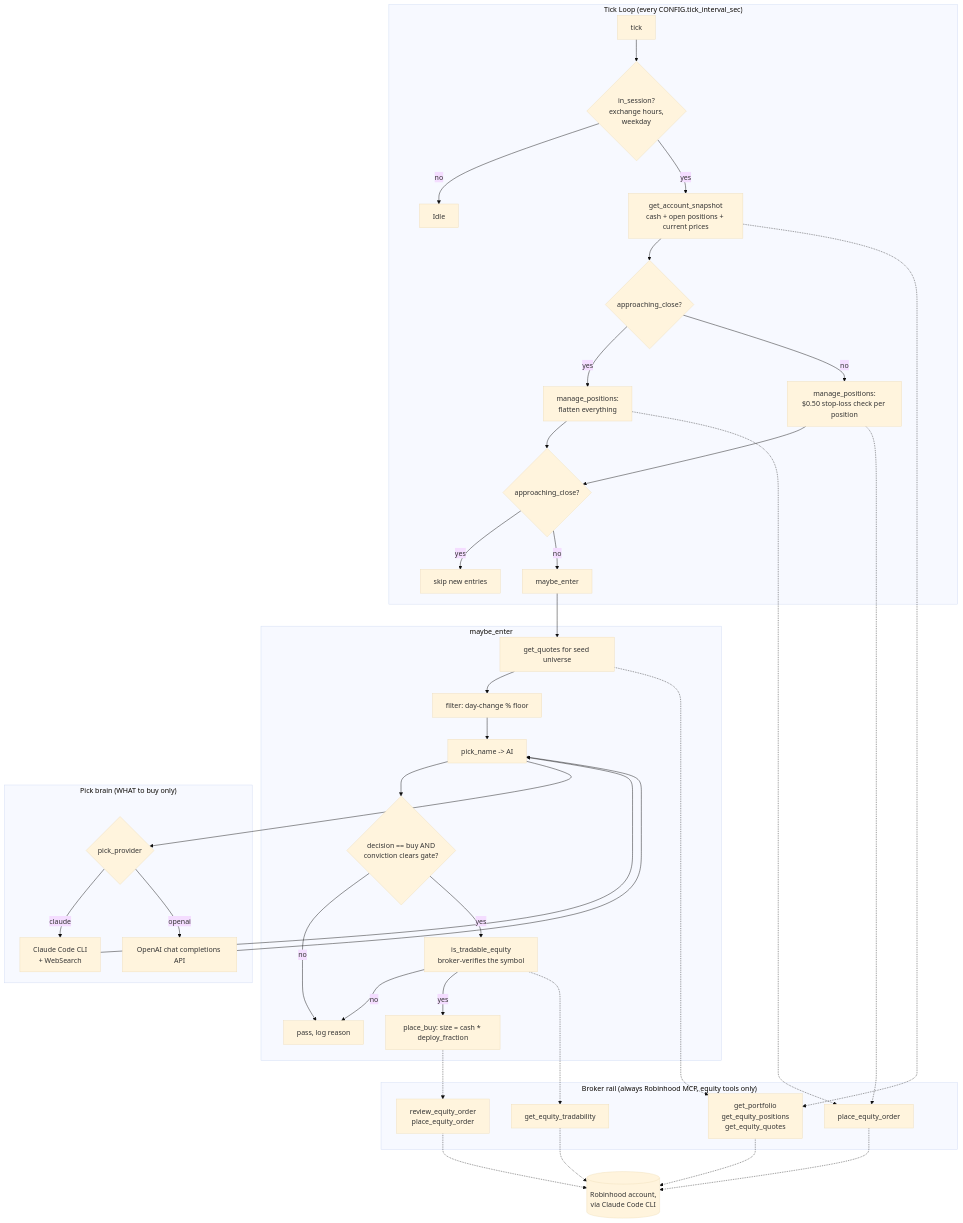
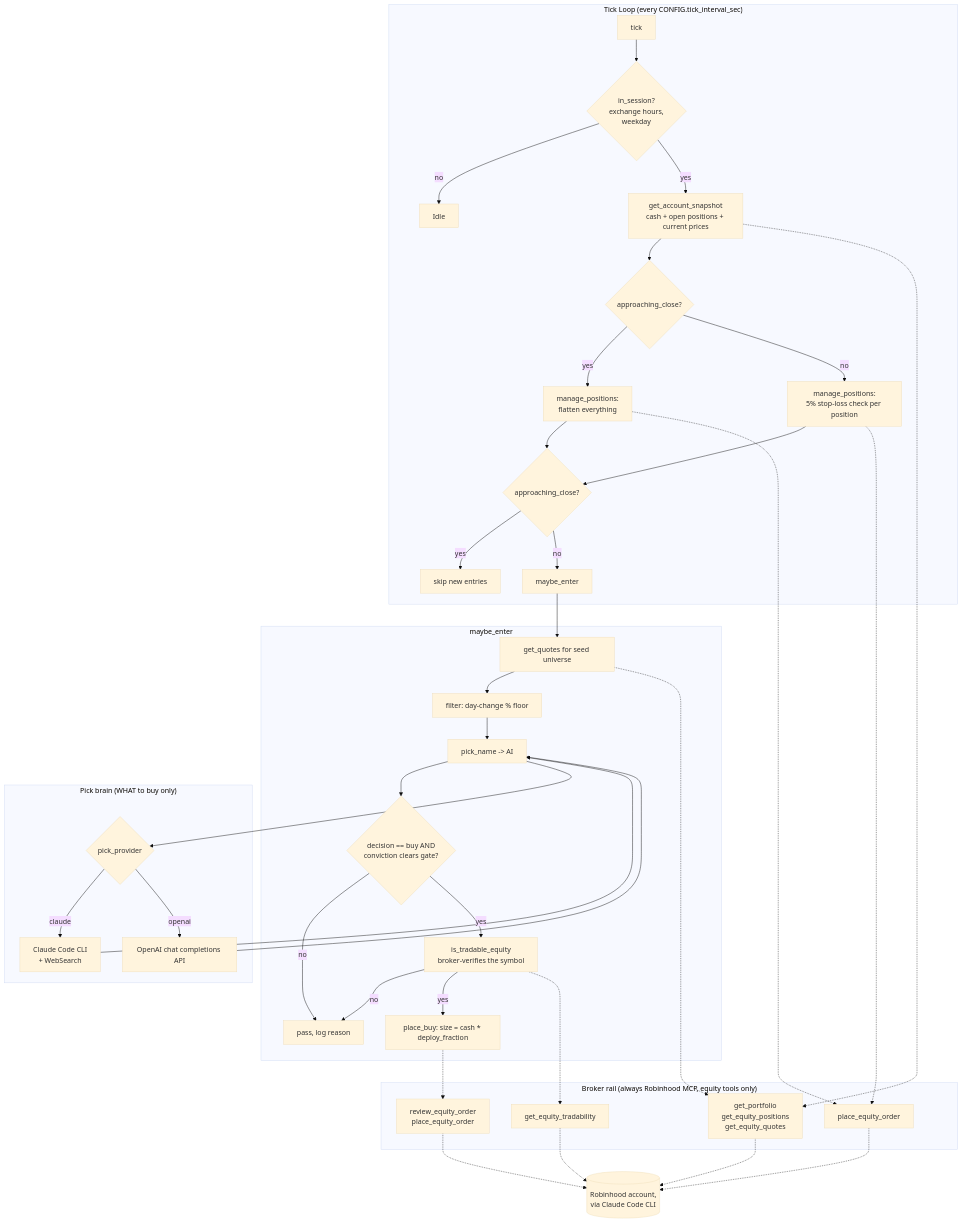
The diagram in docs/design.md (vgupta23/high-speed-trader), drawn with Mermaid (base theme) before and after one commit. The commit also changed other lines of this file and 4 other files, not shown here.

````diff
--- a/docs/design.md
+++ b/docs/design.md
@@ -26,48 +26,48 @@
 ```mermaid
 flowchart TD
     subgraph Loop["Tick Loop (every CONFIG.tick_interval_sec)"]
         A[tick] --> B{in_session?<br/>exchange hours,<br/>weekday}
         B -- no --> Z[Idle]
         B -- yes --> C[get_account_snapshot<br/>cash + open positions + current prices]
         C --> D{approaching_close?}
         D -- yes --> E[manage_positions:<br/>flatten everything]
-        D -- no --> F[manage_positions:<br/>$0.50 stop-loss check per position]
+        D -- no --> F[manage_positions:<br/>5% stop-loss check per position]
         E --> G
         F --> G{approaching_close?}
         G -- yes --> Z2[skip new entries]
         G -- no --> H[maybe_enter]
     end
 
     subgraph Entry["maybe_enter"]
         H --> I[get_quotes for seed universe]
         I --> J[filter: day-change % floor]
         J --> K[pick_name -> AI]
         K --> L{decision == buy AND<br/>conviction clears gate?}
         L -- no --> Z3[pass, log reason]
         L -- yes --> M[is_tradable_equity<br/>broker-verifies the symbol]
         M -- no --> Z3
         M -- yes --> N[place_buy: size = cash * deploy_fraction]
     end
 
     subgraph AI["Pick brain (WHAT to buy only)"]
         K --> P{pick_provider}
         P -- claude --> Q[Claude Code CLI<br/>+ WebSearch]
         P -- openai --> R[OpenAI chat completions API]
         Q --> K
         R --> K
     end
 
     subgraph Broker["Broker rail (always Robinhood MCP, equity tools only)"]
         C -.-> S[get_portfolio<br/>get_equity_positions<br/>get_equity_quotes]
         I -.-> S
         M -.-> T[get_equity_tradability]
         N -.-> U[review_equity_order<br/>place_equity_order]
         E -.-> V[place_equity_order]
         F -.-> V
     end
 
     S -.-> W[(Robinhood account,<br/>via Claude Code CLI)]
     T -.-> W
     U -.-> W
     V -.-> W
 ```
````
